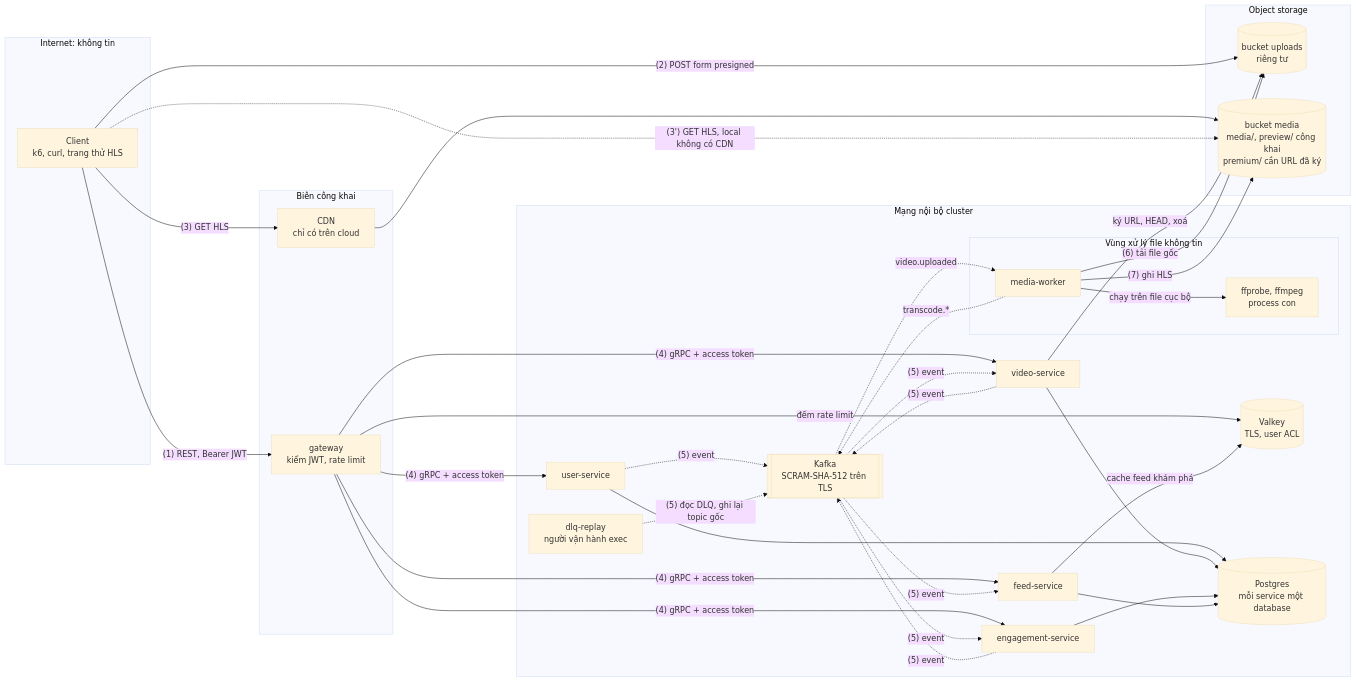
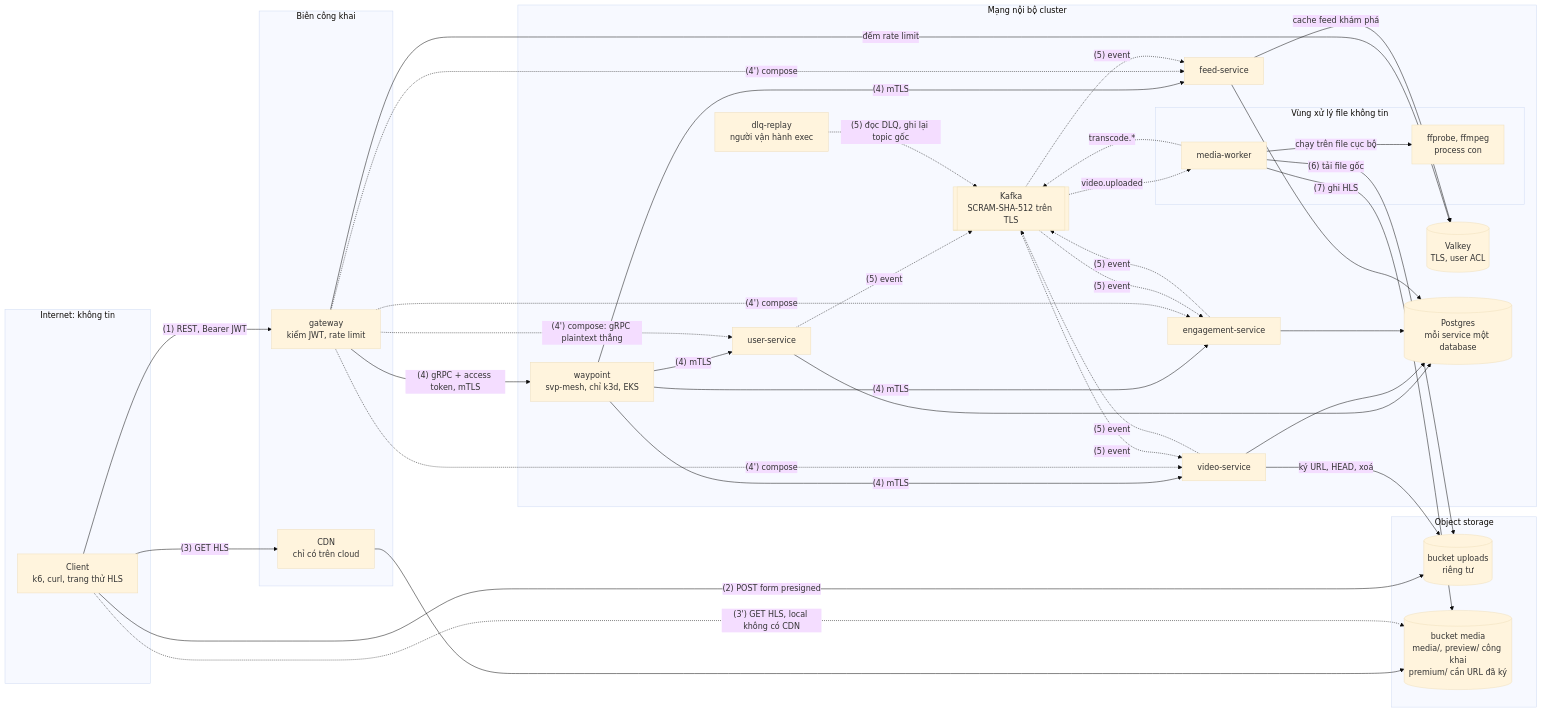
The diagram in docs/threat-model.md (anhnvcoder/svp-backend), drawn with Mermaid (base theme) before and after one commit. The commit also changed other lines of this file and 76 other files, not shown here.

First line of the commit message:
feat: Istio ambient mesh with mTLS STRICT and gRPC canary by request

````diff
--- a/docs/threat-model.md
+++ b/docs/threat-model.md
@@ -39,64 +40,70 @@
 ```mermaid
 flowchart LR
     subgraph internet["Internet: không tin"]
         client["Client<br/>k6, curl, trang thử HLS"]
     end
 
     subgraph edge["Biên công khai"]
         gw["gateway<br/>kiểm JWT, rate limit"]
         cdn["CDN<br/>chỉ có trên cloud"]
     end
 
     subgraph storage["Object storage"]
         up[("bucket uploads<br/>riêng tư")]
         media[("bucket media<br/>media/, preview/ công khai<br/>premium/ cần URL đã ký")]
     end
 
     subgraph cluster["Mạng nội bộ cluster"]
+        wp["waypoint<br/>svp-mesh, chỉ k3d, EKS"]
         us["user-service"]
         vs["video-service"]
         es["engagement-service"]
         fs["feed-service"]
         rp["dlq-replay<br/>người vận hành exec"]
         bus[["Kafka<br/>SCRAM-SHA-512 trên TLS"]]
         redis[("Valkey<br/>TLS, user ACL")]
         pg[("Postgres<br/>mỗi service một database")]
         subgraph sandbox["Vùng xử lý file không tin"]
             mw["media-worker"]
             ff["ffprobe, ffmpeg<br/>process con"]
         end
     end
 
     client -->|"(1) REST, Bearer JWT"| gw
     client -->|"(2) POST form presigned"| up
     client -->|"(3) GET HLS"| cdn
     cdn --> media
     client -.->|"(3') GET HLS, local không có CDN"| media
 
-    gw -->|"(4) gRPC + access token"| us
-    gw -->|"(4) gRPC + access token"| vs
-    gw -->|"(4) gRPC + access token"| es
-    gw -->|"(4) gRPC + access token"| fs
+    gw -->|"(4) gRPC + access token, mTLS"| wp
+    wp -->|"(4) mTLS"| us
+    wp -->|"(4) mTLS"| vs
+    wp -->|"(4) mTLS"| es
+    wp -->|"(4) mTLS"| fs
+    gw -.->|"(4') compose: gRPC plaintext thẳng"| us
+    gw -.->|"(4') compose"| vs
+    gw -.->|"(4') compose"| es
+    gw -.->|"(4') compose"| fs
     gw -->|"đếm rate limit"| redis
     fs -->|"cache feed khám phá"| redis
 
     us --> pg
     vs --> pg
     es --> pg
     fs --> pg
     vs -->|"ký URL, HEAD, xoá"| up
 
     us -.->|"(5) event"| bus
     vs -.->|"(5) event"| bus
     es -.->|"(5) event"| bus
     rp -.->|"(5) đọc DLQ, ghi lại topic gốc"| bus
     bus -.->|"(5) event"| vs
     bus -.->|"(5) event"| es
     bus -.->|"(5) event"| fs
     bus -.->|"video.uploaded"| mw
     mw -.->|"transcode.*"| bus
 
     mw -->|"(6) tải file gốc"| up
     mw -->|"chạy trên file cục bộ"| ff
     mw -->|"(7) ghi HLS"| media
 ```
````
